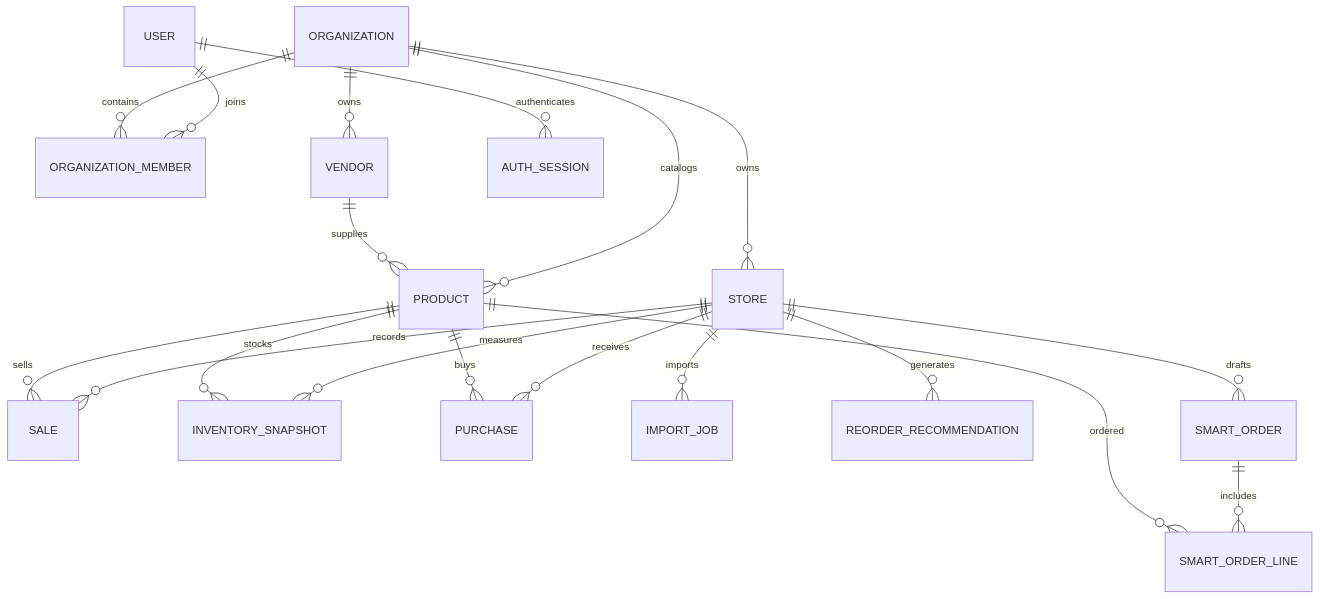
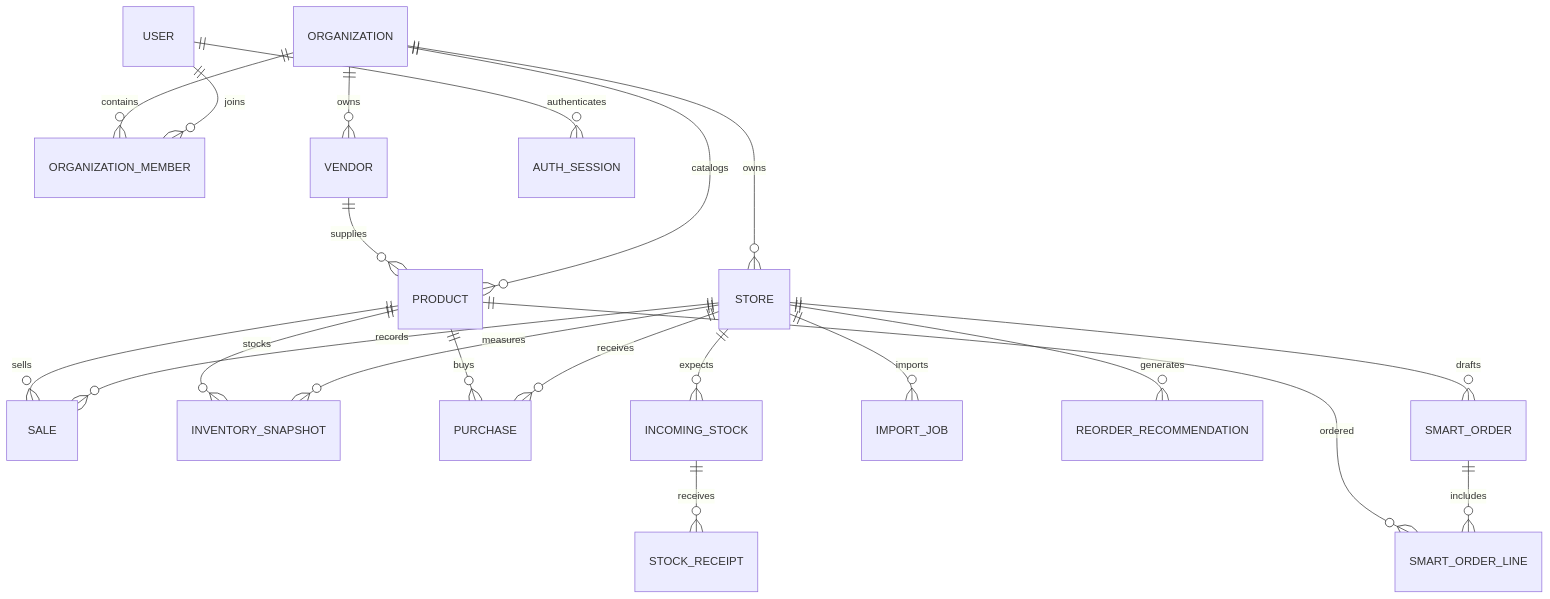
One commit to JacksonCheese/BottleIQ changed the diagram in docs/data-model.md. Above: the diagram before and after it, drawn with Mermaid. The commit also changed other lines of this file and 14 other files, not shown here.

````diff
--- a/docs/data-model.md
+++ b/docs/data-model.md
@@ -3,21 +3,23 @@
 ```mermaid
 erDiagram
   USER ||--o{ ORGANIZATION_MEMBER : joins
   ORGANIZATION ||--o{ ORGANIZATION_MEMBER : contains
   ORGANIZATION ||--o{ STORE : owns
   ORGANIZATION ||--o{ VENDOR : owns
   ORGANIZATION ||--o{ PRODUCT : catalogs
   VENDOR ||--o{ PRODUCT : supplies
   STORE ||--o{ SALE : records
   STORE ||--o{ INVENTORY_SNAPSHOT : measures
   STORE ||--o{ PURCHASE : receives
+  STORE ||--o{ INCOMING_STOCK : expects
+  INCOMING_STOCK ||--o{ STOCK_RECEIPT : receives
   PRODUCT ||--o{ SALE : sells
   PRODUCT ||--o{ INVENTORY_SNAPSHOT : stocks
   PRODUCT ||--o{ PURCHASE : buys
   STORE ||--o{ IMPORT_JOB : imports
   STORE ||--o{ REORDER_RECOMMENDATION : generates
   STORE ||--o{ SMART_ORDER : drafts
   SMART_ORDER ||--o{ SMART_ORDER_LINE : includes
   PRODUCT ||--o{ SMART_ORDER_LINE : ordered
   USER ||--o{ AUTH_SESSION : authenticates
 ```
````
